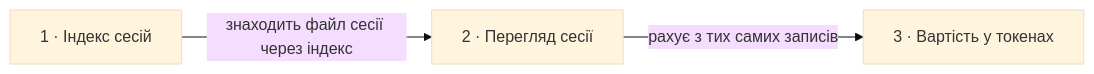
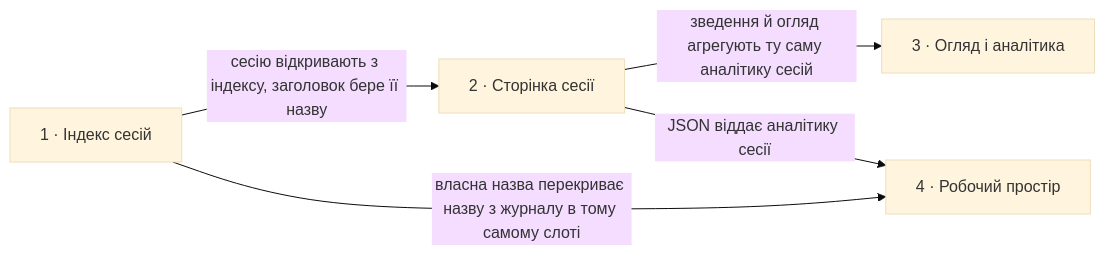
The diagram in docs/roadmap.md (edlyashenko/test-repo), drawn with Mermaid (base theme) before and after one commit. The commit also changed other lines of this file and 6 other files, not shown here.

First line of the commit message:
design-system: light shell, code design canon, idea brief and four-step roadmap

````diff
--- a/docs/roadmap.md
+++ b/docs/roadmap.md
@@ -53,5 +66,7 @@
 ```mermaid
 flowchart LR
-  s1["1 · Індекс сесій"] -->|знаходить файл сесії через індекс| s2["2 · Перегляд сесії"]
-  s2 -->|рахує з тих самих записів| s3["3 · Вартість у токенах"]
+  s1["1 · Індекс сесій"] -->|сесію відкривають з індексу, заголовок бере її назву| s2["2 · Сторінка сесії"]
+  s2 -->|зведення й огляд агрегують ту саму аналітику сесій| s3["3 · Огляд і аналітика"]
+  s1 -->|власна назва перекриває назву з журналу в тому самому слоті| s4["4 · Робочий простір"]
+  s2 -->|JSON віддає аналітику сесії| s4
 ```
````
